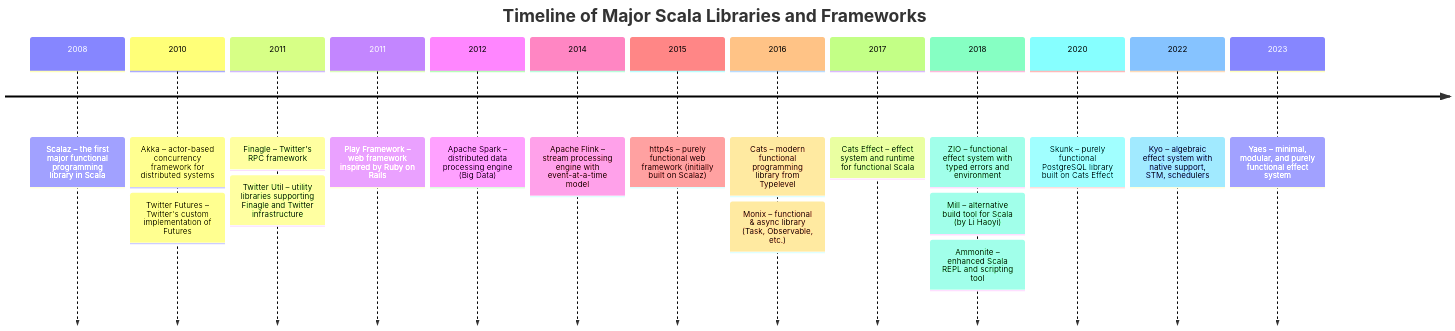
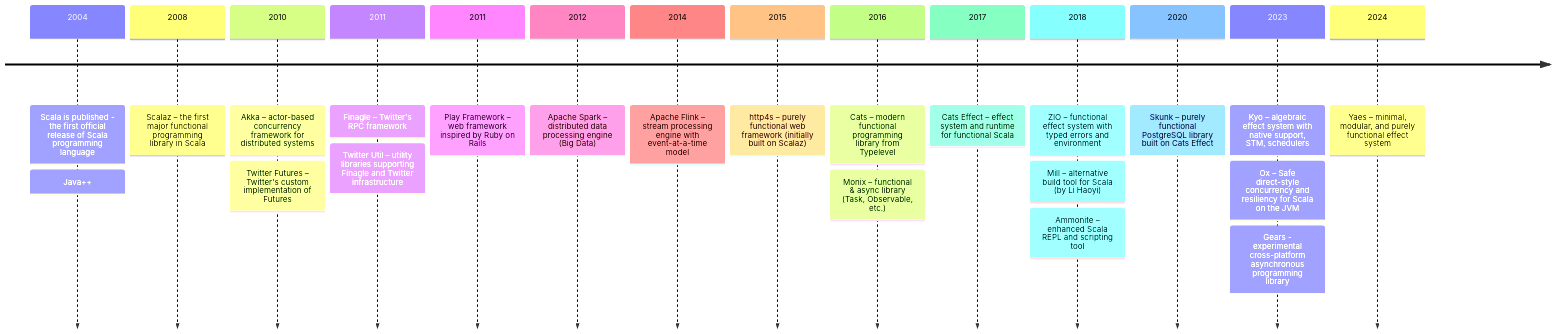
The diagram in slides/slides.md (polyvariant/flavors-of-scala), drawn with Mermaid before and after one commit. The commit also changed other lines of this file, not shown here.

Commit message:
improve and correct the timeline

````diff
--- a/slides/slides.md
+++ b/slides/slides.md
@@ -55,24 +25,25 @@
-```mermaid
+```mermaid {theme: 'neutral', 'themeVariables': { 'primaryColor': '#ff0000'}}
 timeline
-    title Timeline of Major Scala Libraries and Frameworks
-
+    2004 : Scala is published - the first official release of Scala programming language
+         : Java++
     2008 : Scalaz – the first major functional programming library in Scala
     2010 : Akka – actor-based concurrency framework for distributed systems
          : Twitter Futures – Twitter's custom implementation of Futures
     2011 : Finagle – Twitter's RPC framework 
          : Twitter Util – utility libraries supporting Finagle and Twitter infrastructure
     2011 : Play Framework – web framework inspired by Ruby on Rails
     2012 : Apache Spark – distributed data processing engine (Big Data)
     2014 : Apache Flink – stream processing engine with event-at-a-time model
     2015 : http4s – purely functional web framework (initially built on Scalaz)
     2016 : Cats – modern functional programming library from Typelevel
          : Monix – functional & async library (Task, Observable, etc.)
     2017 : Cats Effect – effect system and runtime for functional Scala
     2018 : ZIO – functional effect system with typed errors and environment
          : Mill – alternative build tool for Scala (by Li Haoyi)
          : Ammonite – enhanced Scala REPL and scripting tool
     2020 : Skunk – purely functional PostgreSQL library built on Cats Effect
-    2022 : Kyo – algebraic effect system with native support, STM, schedulers
-    2023 : Yaes – minimal, modular, and purely functional effect system
-
+    2023 : Kyo – algebraic effect system with native support, STM, schedulers
+         : Ox – Safe direct-style concurrency and resiliency for Scala on the JVM
+         : Gears - experimental cross-platform asynchronous programming library
+    2024 : Yaes – minimal, modular, and purely functional effect system
 ```
````
